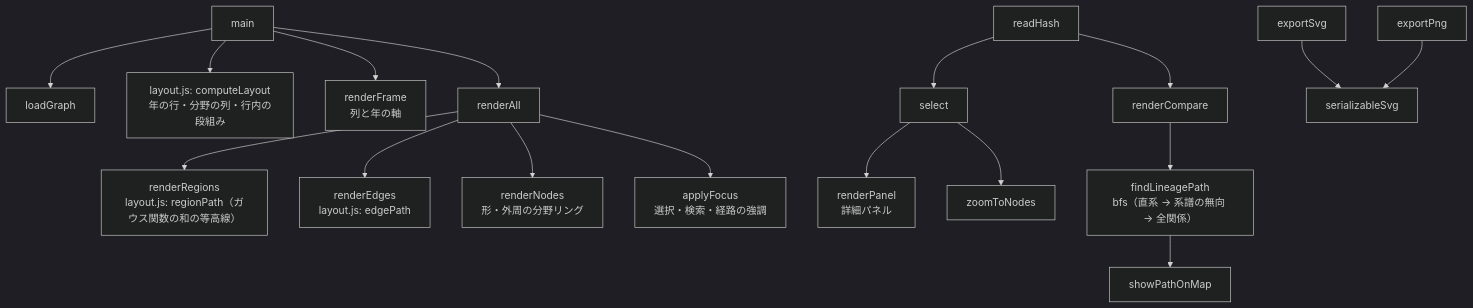
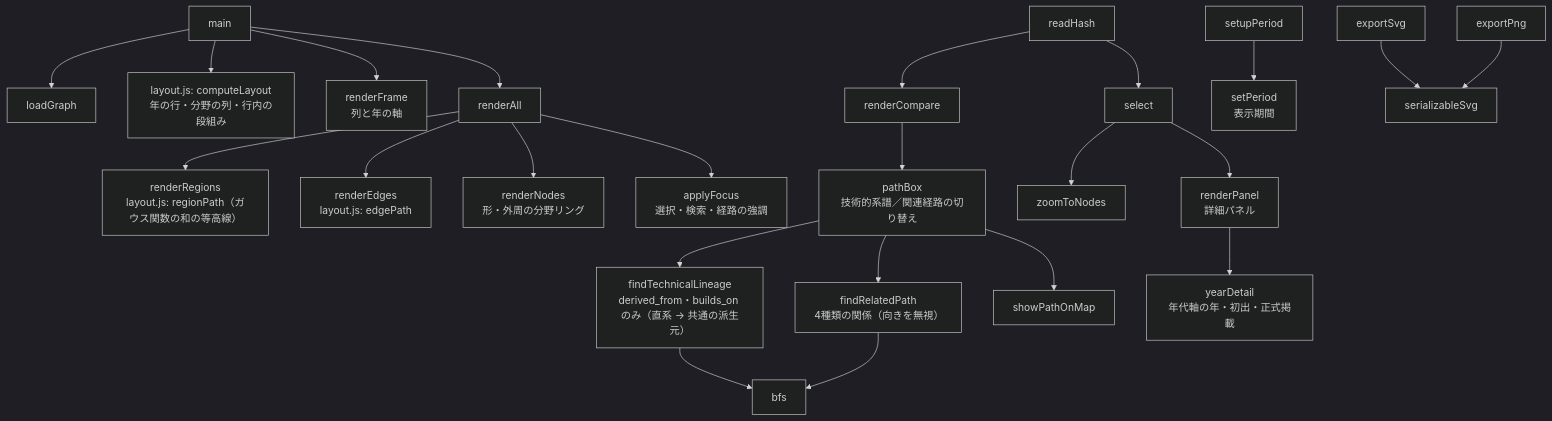
The second of 2 diagrams in document.md (koki01150124/image-coding-map), drawn with Mermaid (dark theme) before and after one commit. The commit also changed other lines of this file and 71 other files, not shown here.

````diff
--- a/document.md
+++ b/document.md
@@ -57,19 +58,25 @@
 ```mermaid
 flowchart TD
     main --> loadGraph
     main --> computeLayout["layout.js: computeLayout<br/>年の行・分野の列・行内の段組み"]
     main --> renderFrame["renderFrame<br/>列と年の軸"]
     main --> renderAll
     renderAll --> renderRegions["renderRegions<br/>layout.js: regionPath（ガウス関数の和の等高線）"]
     renderAll --> renderEdges["renderEdges<br/>layout.js: edgePath"]
     renderAll --> renderNodes["renderNodes<br/>形・外周の分野リング"]
     renderAll --> applyFocus["applyFocus<br/>選択・検索・経路の強調"]
     select --> renderPanel["renderPanel<br/>詳細パネル"]
     select --> zoomToNodes
-    renderCompare --> findLineagePath["findLineagePath<br/>bfs（直系 → 系譜の無向 → 全関係）"]
-    findLineagePath --> showPathOnMap
+    renderCompare --> pathBox["pathBox<br/>技術的系譜／関連経路の切り替え"]
+    pathBox --> findTechnicalLineage["findTechnicalLineage<br/>derived_from・builds_on のみ（直系 → 共通の派生元）"]
+    pathBox --> findRelatedPath["findRelatedPath<br/>4種類の関係（向きを無視）"]
+    findTechnicalLineage --> bfs
+    findRelatedPath --> bfs
+    pathBox --> showPathOnMap
+    setupPeriod --> setPeriod["setPeriod<br/>表示期間"]
+    renderPanel --> yearDetail["yearDetail<br/>年代軸の年・初出・正式掲載"]
     exportSvg --> serializableSvg
     exportPng --> serializableSvg
     readHash --> select
     readHash --> renderCompare
 ```
````
